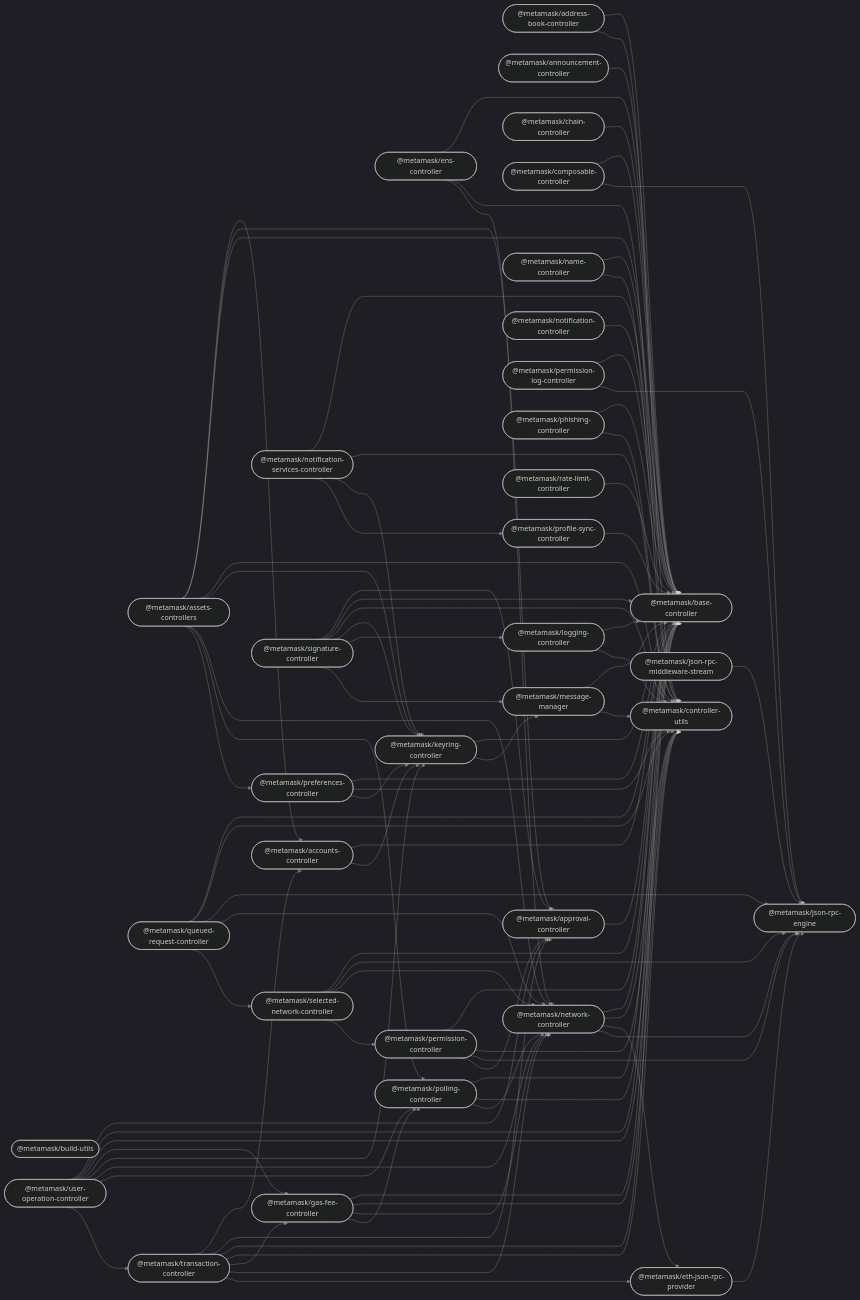
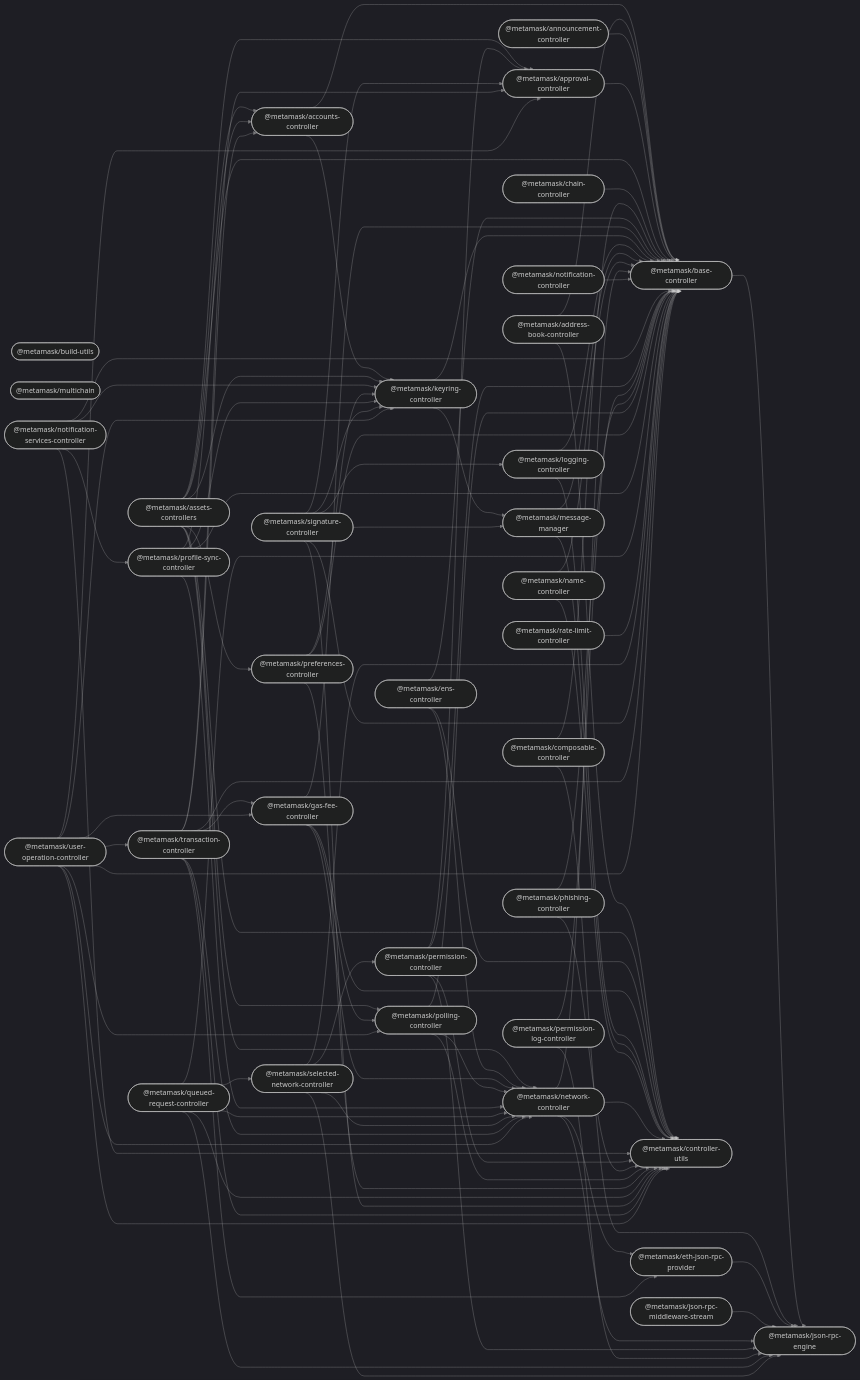
Before and after one commit to MetaMask/core: the diagram in README.md, drawn with Mermaid (dark theme). The commit also changed other lines of this file and 32 other files, not shown here.

````diff
--- a/README.md
+++ b/README.md
@@ -71,6 +72,7 @@
   keyring_controller(["@metamask/keyring-controller"]);
   logging_controller(["@metamask/logging-controller"]);
   message_manager(["@metamask/message-manager"]);
+  multichain(["@metamask/multichain"]);
   name_controller(["@metamask/name-controller"]);
   network_controller(["@metamask/network-controller"]);
   notification_controller(["@metamask/notification-controller"]);
@@ -93,14 +95,15 @@
   address_book_controller --> controller_utils;
   announcement_controller --> base_controller;
   approval_controller --> base_controller;
+  assets_controllers --> base_controller;
+  assets_controllers --> controller_utils;
+  assets_controllers --> polling_controller;
   assets_controllers --> accounts_controller;
   assets_controllers --> approval_controller;
-  assets_controllers --> base_controller;
-  assets_controllers --> controller_utils;
   assets_controllers --> keyring_controller;
   assets_controllers --> network_controller;
-  assets_controllers --> polling_controller;
   assets_controllers --> preferences_controller;
+  base_controller --> json_rpc_engine;
   chain_controller --> base_controller;
   composable_controller --> base_controller;
   composable_controller --> json_rpc_engine;
@@ -110,8 +113,8 @@
   eth_json_rpc_provider --> json_rpc_engine;
   gas_fee_controller --> base_controller;
   gas_fee_controller --> controller_utils;
+  gas_fee_controller --> polling_controller;
   gas_fee_controller --> network_controller;
-  gas_fee_controller --> polling_controller;
   json_rpc_middleware_stream --> json_rpc_engine;
   keyring_controller --> base_controller;
   keyring_controller --> message_manager;
@@ -145,6 +148,9 @@
   preferences_controller --> controller_utils;
   preferences_controller --> keyring_controller;
   profile_sync_controller --> base_controller;
+  profile_sync_controller --> keyring_controller;
+  profile_sync_controller --> accounts_controller;
+  profile_sync_controller --> network_controller;
   queued_request_controller --> base_controller;
   queued_request_controller --> controller_utils;
   queued_request_controller --> json_rpc_engine;
@@ -155,25 +161,25 @@
   selected_network_controller --> json_rpc_engine;
   selected_network_controller --> network_controller;
   selected_network_controller --> permission_controller;
-  signature_controller --> approval_controller;
   signature_controller --> base_controller;
   signature_controller --> controller_utils;
+  signature_controller --> message_manager;
+  signature_controller --> approval_controller;
   signature_controller --> keyring_controller;
   signature_controller --> logging_controller;
-  signature_controller --> message_manager;
+  transaction_controller --> base_controller;
+  transaction_controller --> controller_utils;
   transaction_controller --> accounts_controller;
   transaction_controller --> approval_controller;
-  transaction_controller --> base_controller;
-  transaction_controller --> controller_utils;
+  transaction_controller --> eth_json_rpc_provider;
   transaction_controller --> gas_fee_controller;
   transaction_controller --> network_controller;
-  transaction_controller --> eth_json_rpc_provider;
-  user_operation_controller --> approval_controller;
   user_operation_controller --> base_controller;
   user_operation_controller --> controller_utils;
+  user_operation_controller --> polling_controller;
+  user_operation_controller --> approval_controller;
   user_operation_controller --> gas_fee_controller;
   user_operation_controller --> keyring_controller;
   user_operation_controller --> network_controller;
-  user_operation_controller --> polling_controller;
   user_operation_controller --> transaction_controller;
 ```
````
